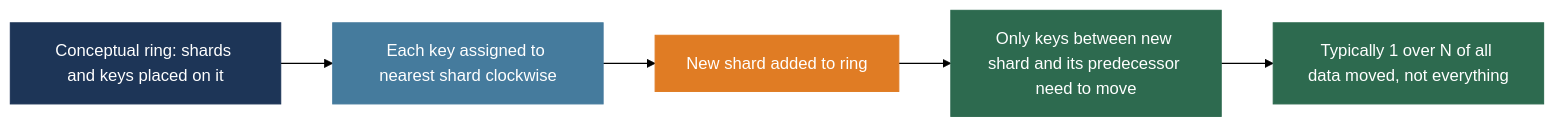
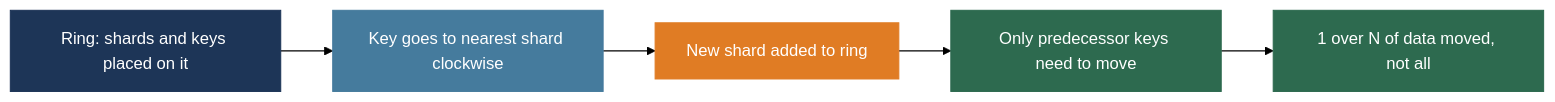
One commit to MuhammadTahaNasir/Big-Data-Analytics-Notes changed the seventh of 16 diagrams in Week3/Lecture3_Partitioning_Sharding_Caching_QueryOpt.md. Above: the diagram before and after it, drawn with Mermaid (forest theme). The commit also changed other lines of this file, not shown here.

First line of the commit message:
Add Week 3 Lecture notes on data management techniques

````diff
--- a/Week3/Lecture3_Partitioning_Sharding_Caching_QueryOpt.md
+++ b/Week3/Lecture3_Partitioning_Sharding_Caching_QueryOpt.md
@@ -247,13 +251,13 @@
 ```mermaid
 flowchart LR
-    RING[Conceptual ring: shards and keys placed on it] --> ASSIGN[Each key assigned to nearest shard clockwise]
+    RING[Ring: shards and keys placed on it] --> ASSIGN[Key goes to nearest shard clockwise]
     ASSIGN --> ADD[New shard added to ring]
-    ADD --> MOVE[Only keys between new shard and its predecessor need to move]
-    MOVE --> RESULT[Typically 1 over N of all data moved, not everything]
+    ADD --> MOVE[Only predecessor keys need to move]
+    MOVE --> RESULT[1 over N of data moved, not all]
 
     style RING fill:#1d3557,color:#fff,stroke:#1d3557
     style ASSIGN fill:#457b9d,color:#fff,stroke:#457b9d
     style ADD fill:#e07c24,color:#fff,stroke:#e07c24
     style MOVE fill:#2d6a4f,color:#fff,stroke:#2d6a4f
     style RESULT fill:#2d6a4f,color:#fff,stroke:#2d6a4f
 ```
````
